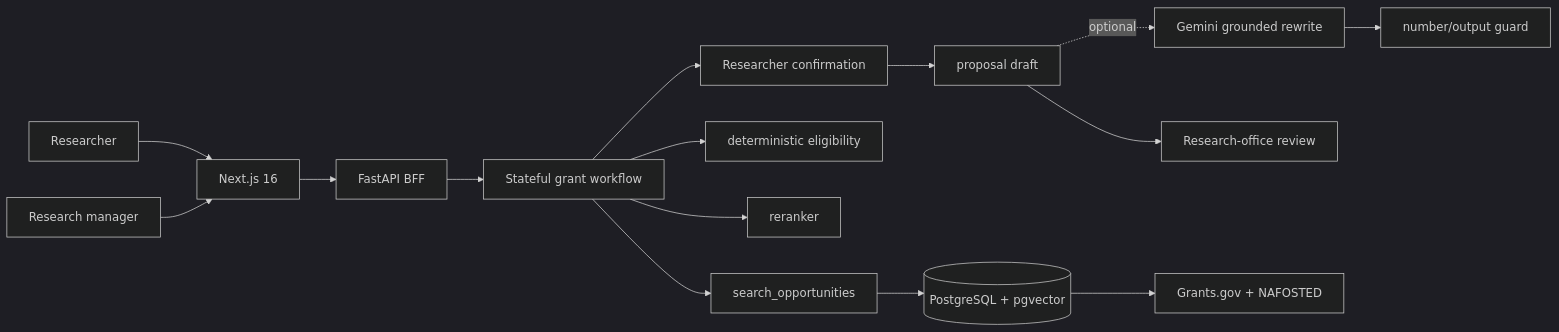
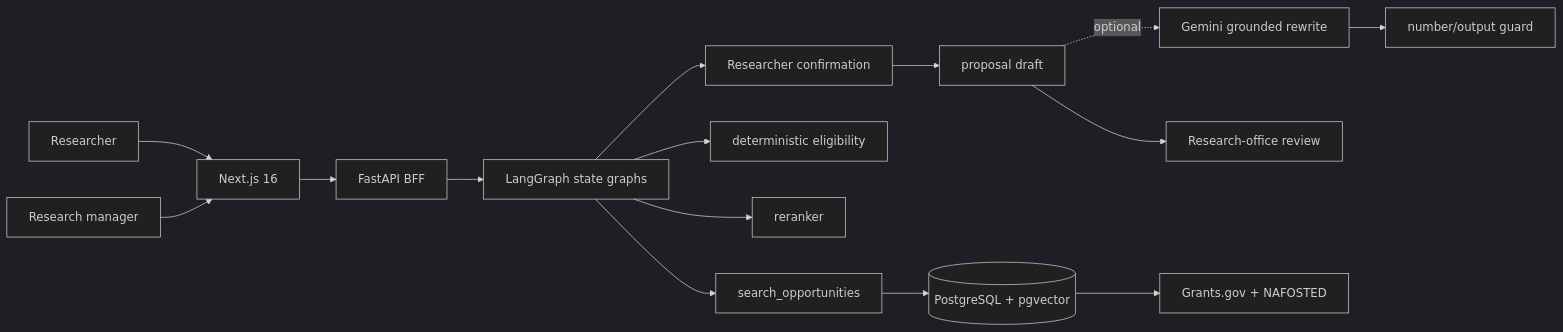
Before and after one commit to Clownnvd/grantfinder-ai-edu10: the diagram in README.md, drawn with Mermaid (dark theme). The commit also changed other lines of this file and 71 other files, not shown here.

Commit message:
feat: rebuild GrantFinder with LangGraph and Policy Radar UX

````diff
--- a/README.md
+++ b/README.md
@@ -34,17 +34,17 @@
 ```mermaid
 flowchart LR
   R[Researcher] --> UI[Next.js 16]
   M[Research manager] --> UI
   UI --> API[FastAPI BFF]
-  API --> WF[Stateful grant workflow]
+  API --> WF[LangGraph state graphs]
   WF --> S[search_opportunities]
   S --> PG[(PostgreSQL + pgvector)]
   WF --> E[deterministic eligibility]
   WF --> RR[reranker]
   WF --> H1[Researcher confirmation]
   H1 --> D[proposal draft]
   D -. optional .-> G[Gemini grounded rewrite]
   G --> NG[number/output guard]
   D --> H2[Research-office review]
   PG --> SRC[Grants.gov + NAFOSTED]
 ```
````
